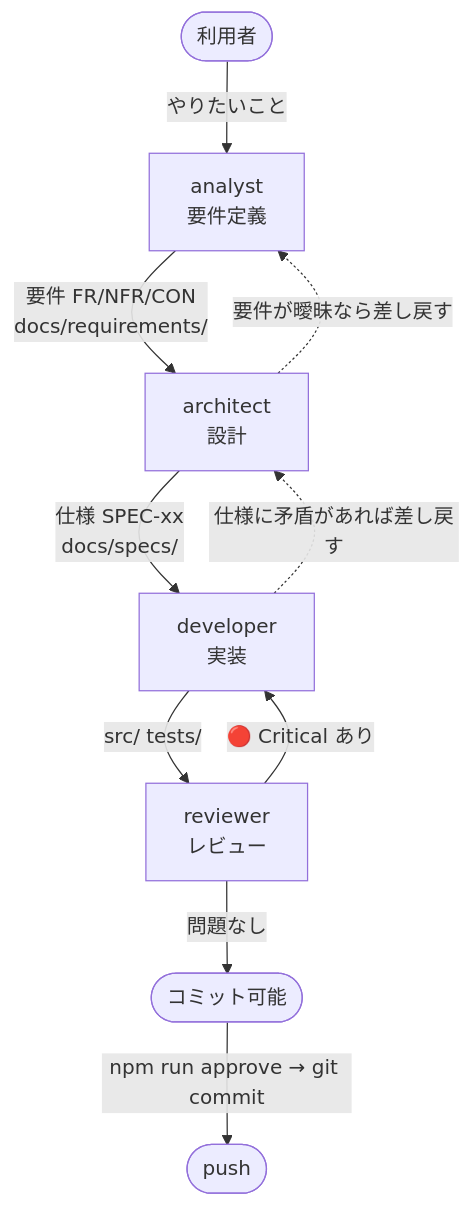
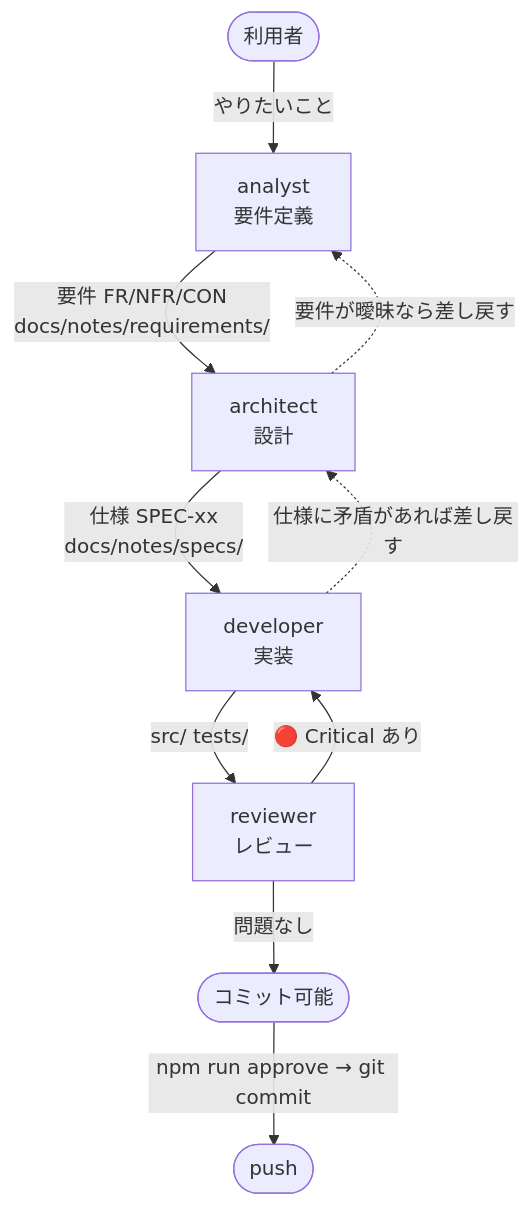
Before and after one commit to Harurow/chrome.ext.silent-tab: the diagram in .claude/agents/lead.md, drawn with Mermaid. The commit also changed other lines of this file and 33 other files, not shown here.

````diff
--- a/.claude/agents/lead.md
+++ b/.claude/agents/lead.md
@@ -23,21 +23,21 @@
 ```mermaid
 flowchart TD
     USER(["利用者"])
     ANALYST["analyst<br/>要件定義"]
     ARCHITECT["architect<br/>設計"]
     DEVELOPER["developer<br/>実装"]
     REVIEWER["reviewer<br/>レビュー"]
     COMMIT(["コミット可能"])
     PUSH(["push"])
 
     USER -->|"やりたいこと"| ANALYST
-    ANALYST -->|"要件 FR/NFR/CON<br/>docs/requirements/"| ARCHITECT
-    ARCHITECT -->|"仕様 SPEC-xx<br/>docs/specs/"| DEVELOPER
+    ANALYST -->|"要件 FR/NFR/CON<br/>docs/notes/requirements/"| ARCHITECT
+    ARCHITECT -->|"仕様 SPEC-xx<br/>docs/notes/specs/"| DEVELOPER
     DEVELOPER -->|"src/ tests/"| REVIEWER
     REVIEWER -->|"🔴 Critical あり"| DEVELOPER
     REVIEWER -->|"問題なし"| COMMIT
     COMMIT -->|"npm run approve → git commit"| PUSH
 
     ARCHITECT -.->|"要件が曖昧なら差し戻す"| ANALYST
     DEVELOPER -.->|"仕様に矛盾があれば差し戻す"| ARCHITECT
 ```
````
